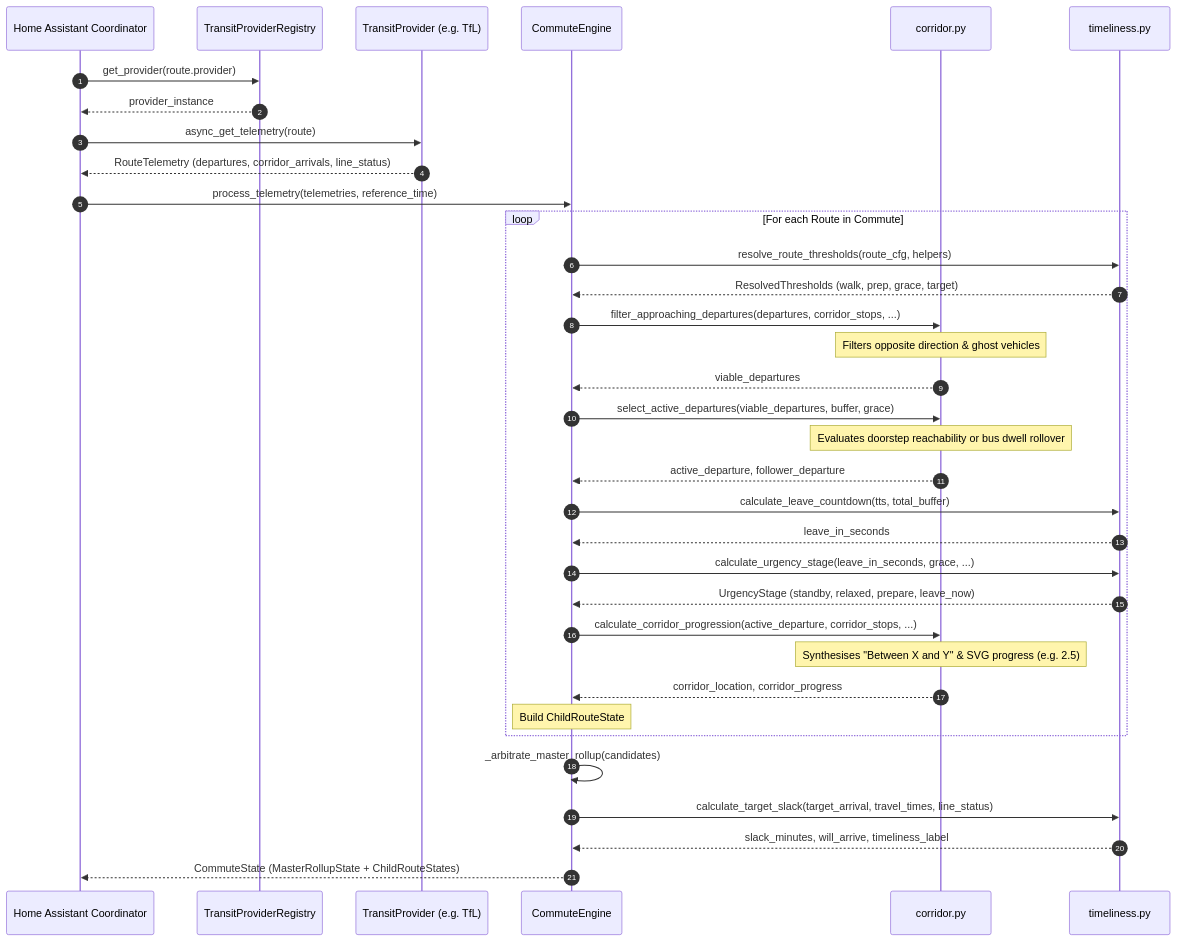
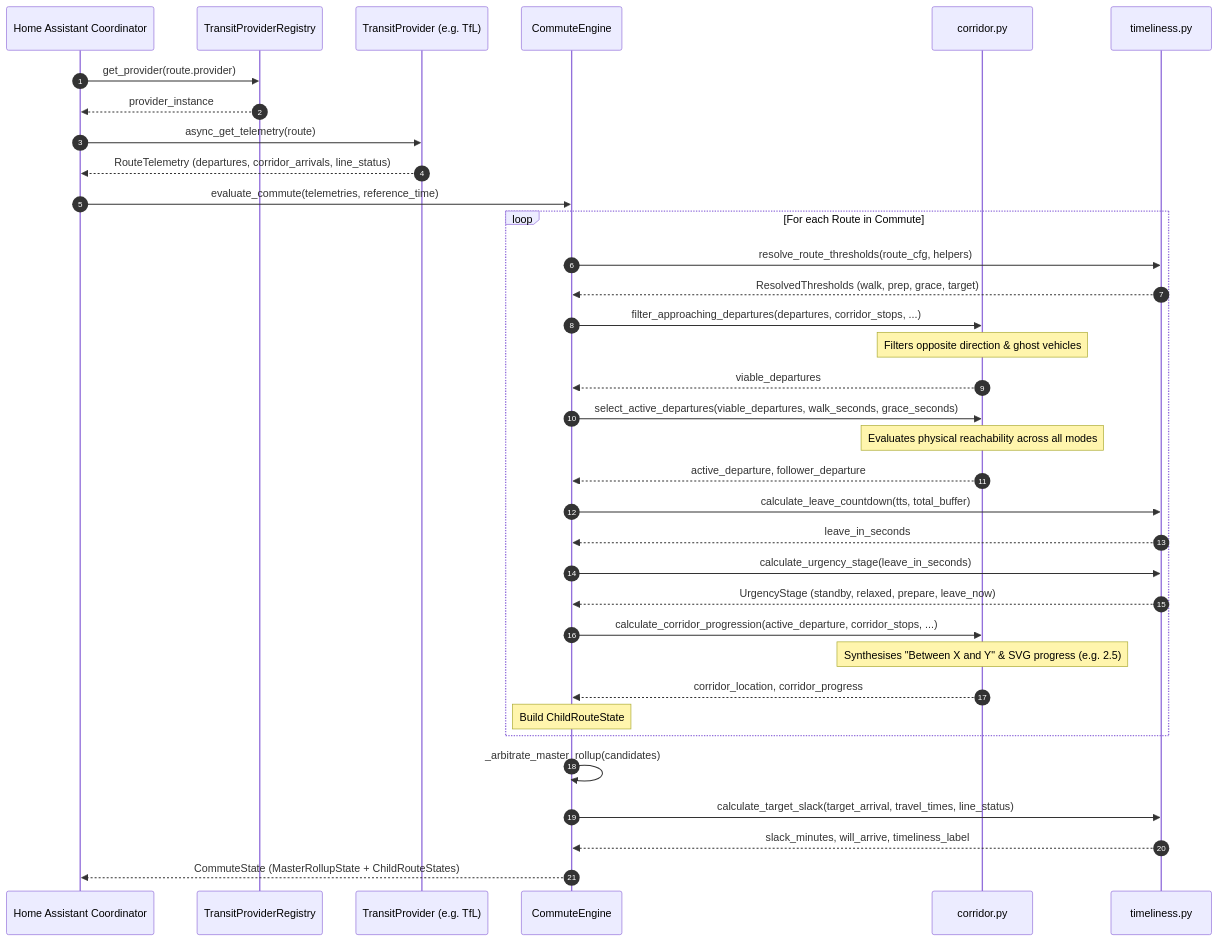
Before and after one commit to marcelkornblum/ha-commute-tracker: the diagram in docs/control-flow.md, drawn with Mermaid. The commit also changed other lines of this file and 10 other files, not shown here.

````diff
--- a/docs/control-flow.md
+++ b/docs/control-flow.md
@@ -9,48 +9,48 @@
 ```mermaid
 sequenceDiagram
     autonumber
     participant HA as Home Assistant Coordinator
     participant Reg as TransitProviderRegistry
     participant Prov as TransitProvider (e.g. TfL)
     participant Eng as CommuteEngine
     participant Corr as corridor.py
     participant Time as timeliness.py
 
     HA->>Reg: get_provider(route.provider)
     Reg-->>HA: provider_instance
     HA->>Prov: async_get_telemetry(route)
     Prov-->>HA: RouteTelemetry (departures, corridor_arrivals, line_status)
 
-    HA->>Eng: process_telemetry(telemetries, reference_time)
+    HA->>Eng: evaluate_commute(telemetries, reference_time)
 
     loop For each Route in Commute
         Eng->>Time: resolve_route_thresholds(route_cfg, helpers)
         Time-->>Eng: ResolvedThresholds (walk, prep, grace, target)
 
         Eng->>Corr: filter_approaching_departures(departures, corridor_stops, ...)
         Note over Corr: Filters opposite direction & ghost vehicles
         Corr-->>Eng: viable_departures
 
-        Eng->>Corr: select_active_departures(viable_departures, buffer, grace)
-        Note over Corr: Evaluates doorstep reachability or bus dwell rollover
+        Eng->>Corr: select_active_departures(viable_departures, walk_seconds, grace_seconds)
+        Note over Corr: Evaluates physical reachability across all modes
         Corr-->>Eng: active_departure, follower_departure
 
         Eng->>Time: calculate_leave_countdown(tts, total_buffer)
         Time-->>Eng: leave_in_seconds
 
-        Eng->>Time: calculate_urgency_stage(leave_in_seconds, grace, ...)
+        Eng->>Time: calculate_urgency_stage(leave_in_seconds)
         Time-->>Eng: UrgencyStage (standby, relaxed, prepare, leave_now)
 
         Eng->>Corr: calculate_corridor_progression(active_departure, corridor_stops, ...)
         Note over Corr: Synthesises "Between X and Y" & SVG progress (e.g. 2.5)
         Corr-->>Eng: corridor_location, corridor_progress
 
         Note over Eng: Build ChildRouteState
     end
 
     Eng->>Eng: _arbitrate_master_rollup(candidates)
     Eng->>Time: calculate_target_slack(target_arrival, travel_times, line_status)
     Time-->>Eng: slack_minutes, will_arrive, timeliness_label
 
     Eng-->>HA: CommuteState (MasterRollupState + ChildRouteStates)
 ```
````
